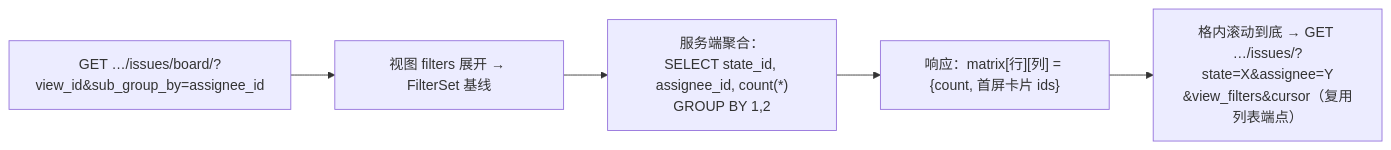
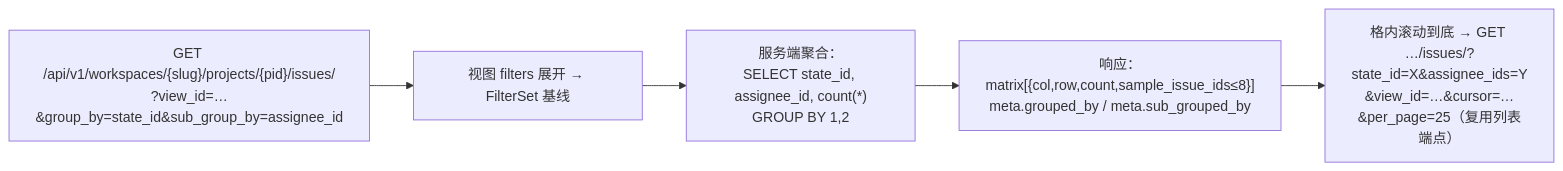
One commit to RabbitAI-Lab/RabbitProjects changed the third of 3 diagrams in docs/sprint-8-enterprise-org/BOARD-005-shared-views.md. Above: the diagram before and after it, drawn with Mermaid. The commit also changed other lines of this file and 13 other files, not shown here.

````diff
--- a/docs/sprint-8-enterprise-org/BOARD-005-shared-views.md
+++ b/docs/sprint-8-enterprise-org/BOARD-005-shared-views.md
@@ -127,7 +138,7 @@
 ```mermaid
 flowchart LR
-    A["GET …/issues/board/?view_id&sub_group_by=assignee_id"] --> B["视图 filters 展开 → FilterSet 基线"]
+    A["GET /api/v1/workspaces/{slug}/projects/{pid}/issues/<br/>?view_id=…&group_by=state_id&sub_group_by=assignee_id"] --> B["视图 filters 展开 → FilterSet 基线"]
     B --> C["服务端聚合：<br/>SELECT state_id, assignee_id, count(*)<br/>GROUP BY 1,2"]
-    C --> D["响应：matrix[行][列] = {count, 首屏卡片 ids}"]
-    D --> E["格内滚动到底 → GET …/issues/?state=X&assignee=Y<br/>&view_filters&cursor（复用列表端点）"]
+    C --> D["响应：matrix[{col,row,count,sample_issue_ids≤8}]<br/>meta.grouped_by / meta.sub_grouped_by"]
+    D --> E["格内滚动到底 → GET …/issues/?state_id=X&assignee_ids=Y<br/>&view_id=…&cursor=…&per_page=25（复用列表端点）"]
 ```
````
